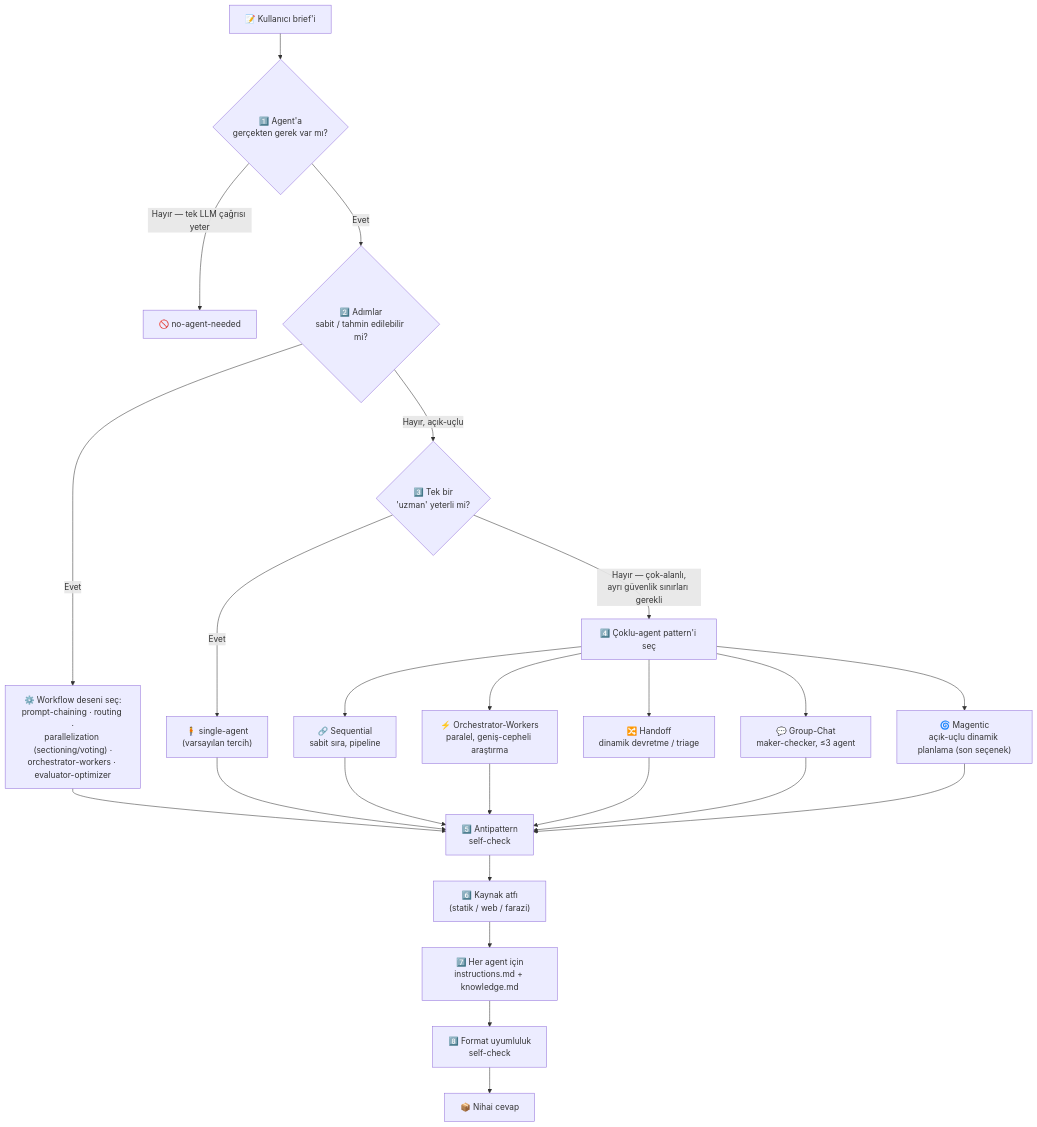
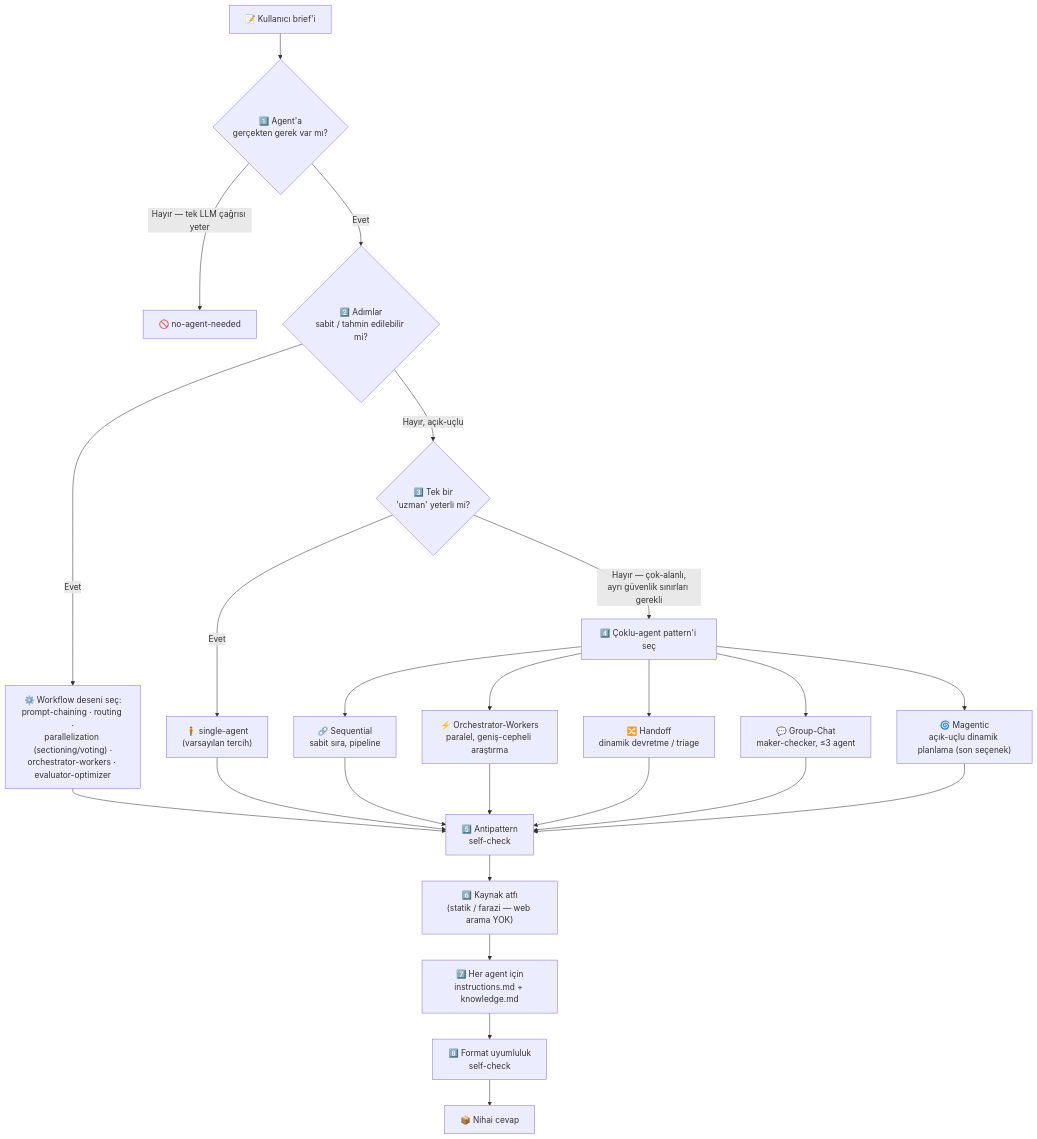
The second of 2 diagrams in README.md (0zan0zer/aXet-Project), drawn with Mermaid before and after one commit. The commit also changed other lines of this file and 2 other files, not shown here.

First line of the commit message:
Optimizer v0.11: web arama fallback'i kaldir, kaynak boslugu log'lama ekle

````diff
--- a/README.md
+++ b/README.md
@@ -111,26 +110,26 @@
 ```mermaid
 flowchart TD
     A["📝 Kullanıcı brief'i"] --> B{"1️⃣ Agent'a\ngerçekten gerek var mı?"}
     B -->|Hayır — tek LLM çağrısı yeter| B1["🚫 no-agent-needed"]
     B -->|Evet| C{"2️⃣ Adımlar\nsabit / tahmin edilebilir mi?"}
 
     C -->|Evet| D["⚙️ Workflow deseni seç:\nprompt-chaining · routing ·\nparallelization (sectioning/voting) ·\norchestrator-workers · evaluator-optimizer"]
 
     C -->|Hayır, açık-uçlu| E{"3️⃣ Tek bir\n'uzman' yeterli mi?"}
     E -->|Evet| E1["🧍 single-agent\n(varsayılan tercih)"]
     E -->|Hayır — çok-alanlı,\nayrı güvenlik sınırları gerekli| F["4️⃣ Çoklu-agent pattern'i seç"]
 
     F --> F1["🔗 Sequential\nsabit sıra, pipeline"]
     F --> F2["⚡ Orchestrator-Workers\nparalel, geniş-cepheli araştırma"]
     F --> F3["🔀 Handoff\ndinamik devretme / triage"]
     F --> F4["💬 Group-Chat\nmaker-checker, ≤3 agent"]
     F --> F5["🌀 Magentic\naçık-uçlu dinamik planlama (son seçenek)"]
 
     F1 & F2 & F3 & F4 & F5 --> G["5️⃣ Antipattern\nself-check"]
     D --> G
     E1 --> G
-    G --> H["6️⃣ Kaynak atfı\n(statik / web / farazi)"]
+    G --> H["6️⃣ Kaynak atfı\n(statik / farazi — web arama YOK)"]
     H --> I["7️⃣ Her agent için\ninstructions.md + knowledge.md"]
     I --> J["8️⃣ Format uyumluluk\nself-check"]
     J --> K["📦 Nihai cevap"]
 ```
````
